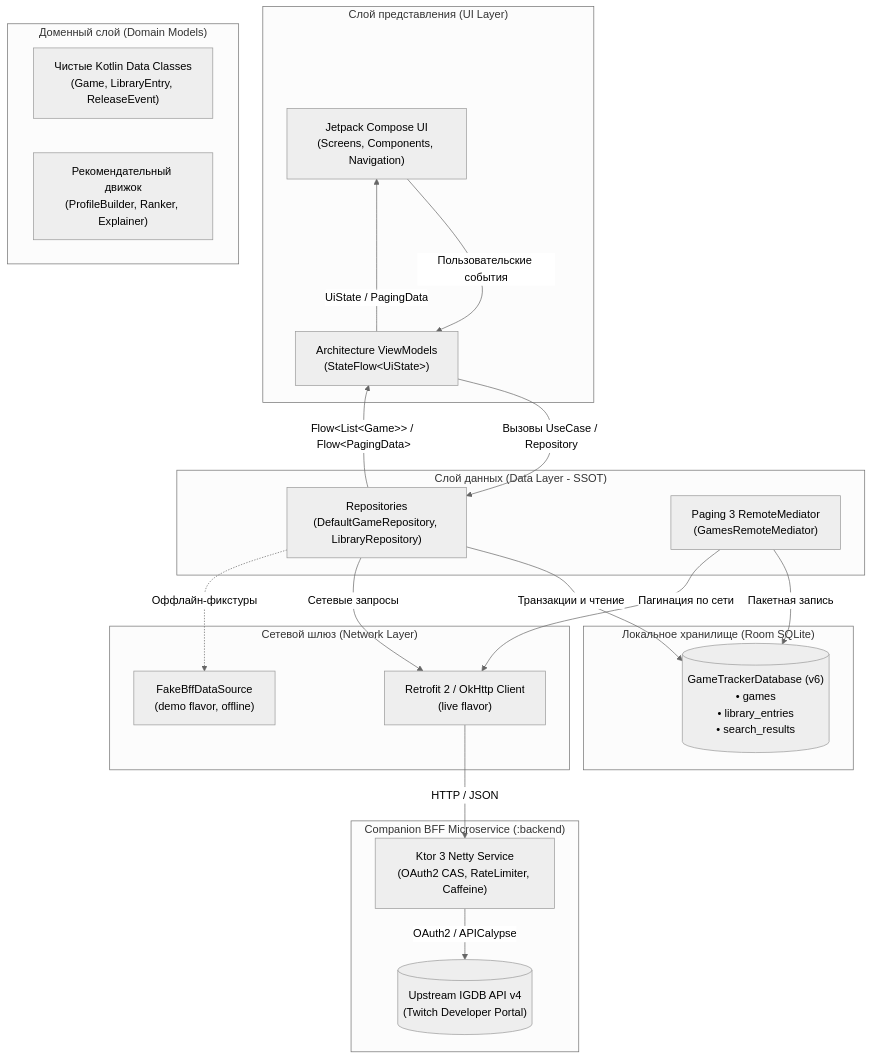
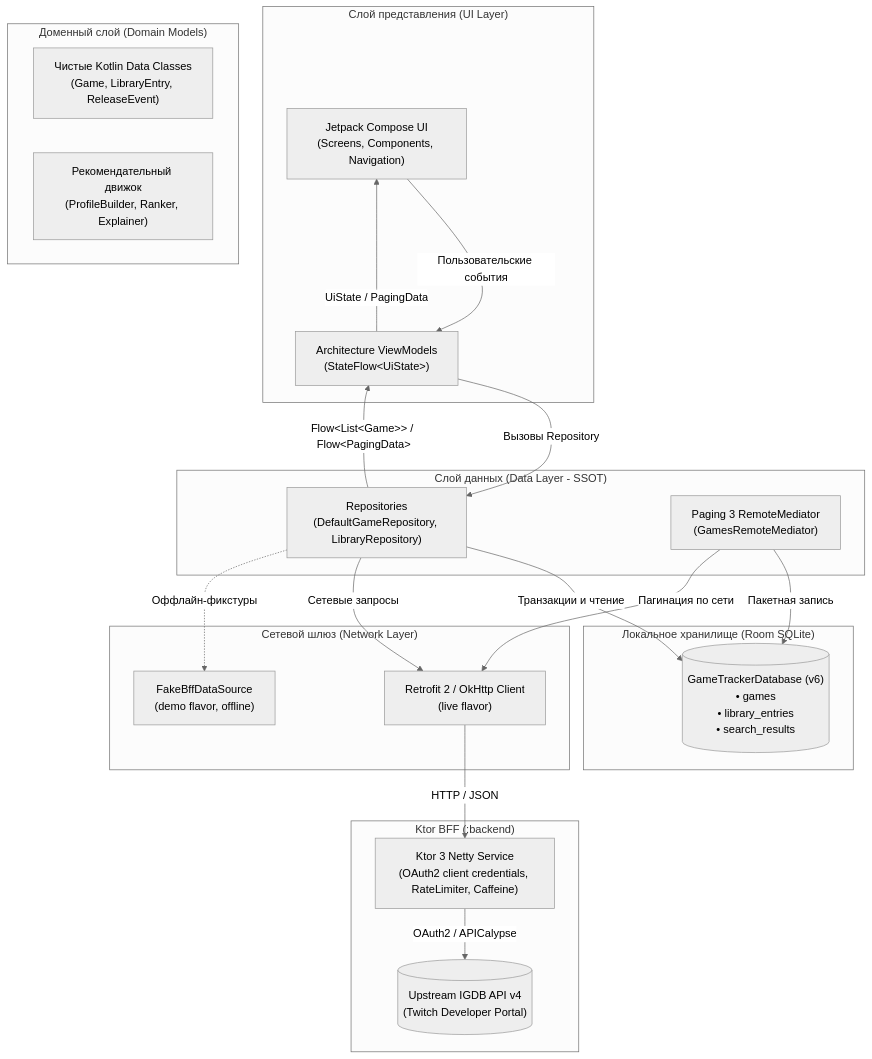
Before and after one commit to TypeNil/game-tracker-app: the first of 2 diagrams in docs/ARCHITECTURE.md, drawn with Mermaid (neutral theme). The commit also changed other lines of this file and 38 other files, not shown here.

````diff
--- a/docs/ARCHITECTURE.md
+++ b/docs/ARCHITECTURE.md
@@ -11,43 +11,43 @@
 ```mermaid
 graph TB
     subgraph UI ["Слой представления (UI Layer)"]
         Compose["Jetpack Compose UI<br/>(Screens, Components, Navigation)"]
         VM["Architecture ViewModels<br/>(StateFlow&lt;UiState&gt;)"]
     end
 
     subgraph Domain ["Доменный слой (Domain Models)"]
         Models["Чистые Kotlin Data Classes<br/>(Game, LibraryEntry, ReleaseEvent)"]
         RecEngine["Рекомендательный движок<br/>(ProfileBuilder, Ranker, Explainer)"]
     end
 
     subgraph Data ["Слой данных (Data Layer - SSOT)"]
         Repo["Repositories<br/>(DefaultGameRepository, LibraryRepository)"]
         Mediator["Paging 3 RemoteMediator<br/>(GamesRemoteMediator)"]
     end
 
     subgraph LocalStorage ["Локальное хранилище (Room SQLite)"]
         RoomDB[("GameTrackerDatabase (v6)<br/>• games<br/>• library_entries<br/>• search_results")]
     end
 
     subgraph Network ["Сетевой шлюз (Network Layer)"]
         BffClient["Retrofit 2 / OkHttp Client<br/>(live flavor)"]
         FakeClient["FakeBffDataSource<br/>(demo flavor, offline)"]
     end
 
-    subgraph Backend ["Companion BFF Microservice (:backend)"]
-        Ktor["Ktor 3 Netty Service<br/>(OAuth2 CAS, RateLimiter, Caffeine)"]
+    subgraph Backend ["Ktor BFF (:backend)"]
+        Ktor["Ktor 3 Netty Service<br/>(OAuth2 client credentials, RateLimiter, Caffeine)"]
         IGDB[("Upstream IGDB API v4<br/>(Twitch Developer Portal)")]
     end
 
     Compose -->|Пользовательские события| VM
     VM -->|UiState / PagingData| Compose
-    VM -->|Вызовы UseCase / Repository| Repo
+    VM -->|Вызовы Repository| Repo
     Repo -->|Flow&lt;List&lt;Game&gt;&gt; / Flow&lt;PagingData&gt;| VM
     Repo -->|Транзакции и чтение| RoomDB
     Mediator -->|Пакетная запись| RoomDB
     Mediator -->|Пагинация по сети| BffClient
     Repo -->|Сетевые запросы| BffClient
     Repo -.->|Оффлайн-фикстуры| FakeClient
     BffClient -->|HTTP / JSON| Ktor
     Ktor -->|OAuth2 / APICalypse| IGDB
 ```
````
